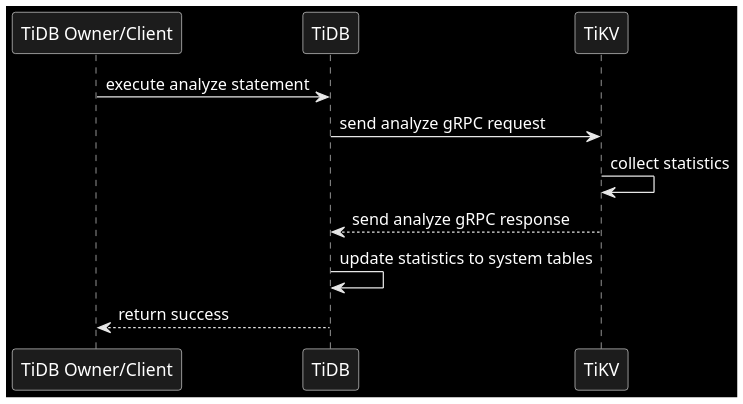
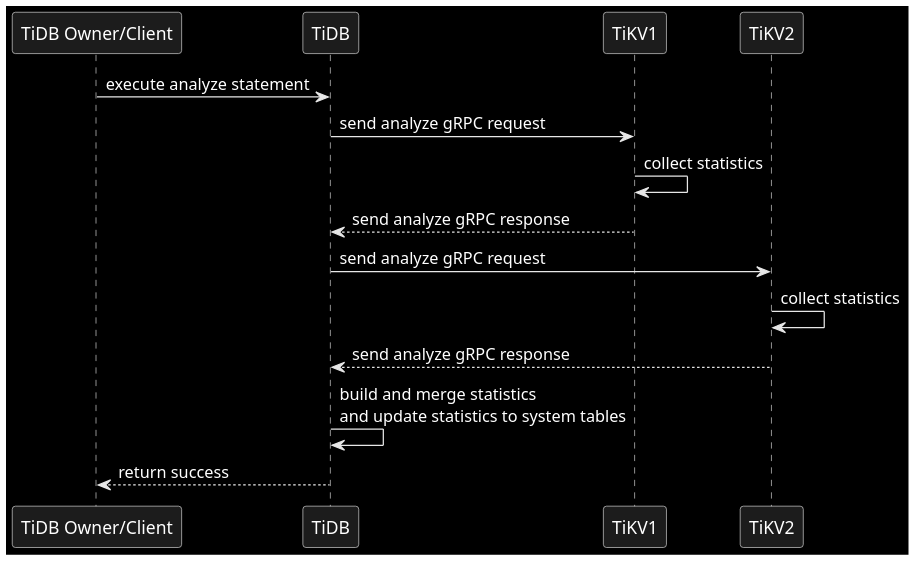
One commit to Rustin170506/tidb-analyze.slide changed the diagram in slides.md. Above: the diagram before and after it, drawn with PlantUML. The commit also changed other lines of this file, not shown here.

Commit message:
analyze: better data flow

````diff
--- a/slides.md
+++ b/slides.md
@@ -356,13 +355,16 @@
 ```plantuml
 @startuml
 
 skinparam monochrome reverse
 
 "TiDB Owner/Client" as TC -> TiDB: execute analyze statement
-TiDB -> TiKV: send analyze gRPC request
-TiKV -> TiKV: collect statistics
-TiKV --> TiDB: send analyze gRPC response
-TiDB -> TiDB: update statistics to system tables
+TiDB -> TiKV1: send analyze gRPC request
+TiKV1 -> TiKV1: collect statistics
+TiKV1 --> TiDB: send analyze gRPC response
+TiDB -> TiKV2: send analyze gRPC request
+TiKV2 -> TiKV2: collect statistics
+TiKV2--> TiDB: send analyze gRPC response
+TiDB -> TiDB: build and merge statistics \nand update statistics to system tables
 TiDB --> TC: return success
 @enduml
 ```
````
